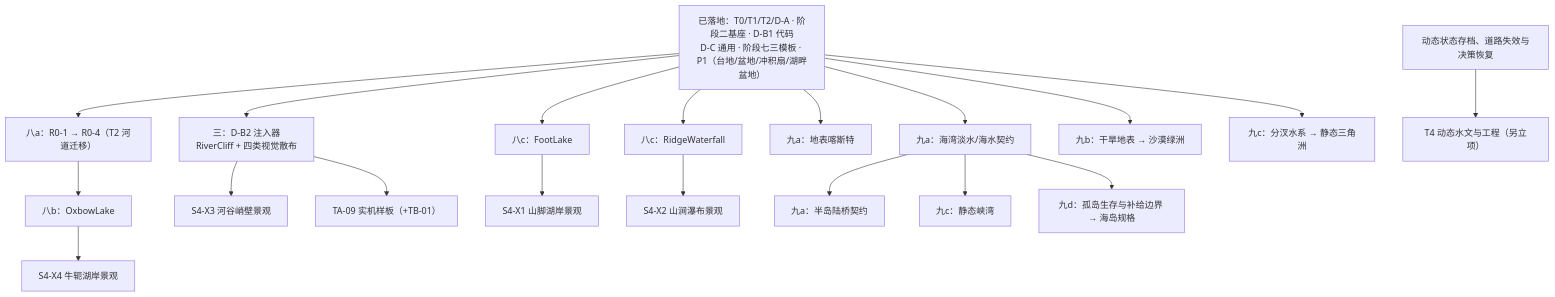
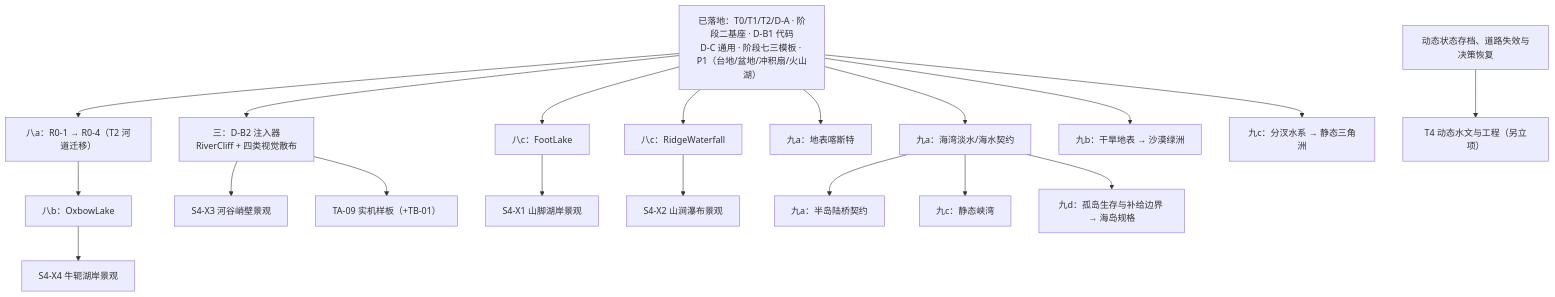
One commit to g39088902/FlowAndAccord changed the first of 2 diagrams in docs/plan/tech/06-terrain-templates.md. Above: the diagram before and after it, drawn with Mermaid. The commit also changed other lines of this file and 39 other files, not shown here.

````diff
--- a/docs/plan/tech/06-terrain-templates.md
+++ b/docs/plan/tech/06-terrain-templates.md
@@ -47,22 +47,22 @@
 ```mermaid
 flowchart TD
-    B["已落地：T0/T1/T2/D-A · 阶段二基座 · D-B1 代码<br/>D-C 通用 · 阶段七三模板 · P1（台地/盆地/冲积扇/湖畔盆地）"]
+    B["已落地：T0/T1/T2/D-A · 阶段二基座 · D-B1 代码<br/>D-C 通用 · 阶段七三模板 · P1（台地/盆地/冲积扇/火山湖）"]
     B --> C["三：D-B2 注入器<br/>RiverCliff + 四类视觉散布"]
     B --> E1["八c：FootLake"]
     B --> E2["八c：RidgeWaterfall"]
     B --> R["八a：R0-1 → R0-4（T2 河道迁移）"]
     R --> O["八b：OxbowLake"]
     C --> X3["S4-X3 河谷峭壁景观"]
     C --> TA["TA-09 实机样板（+TB-01）"]
     E1 --> X1["S4-X1 山脚湖岸景观"]
     E2 --> X2["S4-X2 山涧瀑布景观"]
     O --> X4["S4-X4 牛轭湖岸景观"]
     B --> K["九a：地表喀斯特"]
     B --> SEA["九a：海湾淡水/海水契约"]
     SEA --> PEN["九a：半岛陆桥契约"]
     B --> DRY["九b：干旱地表 → 沙漠绿洲"]
     B --> BR["九c：分汊水系 → 静态三角洲"]
     SEA --> FI["九c：静态峡湾"]
     SEA --> IS["九d：孤岛生存与补给边界 → 海岛规格"]
     DY["动态状态存档、道路失效与决策恢复"] --> T4["T4 动态水文与工程（另立项）"]
 ```
````
